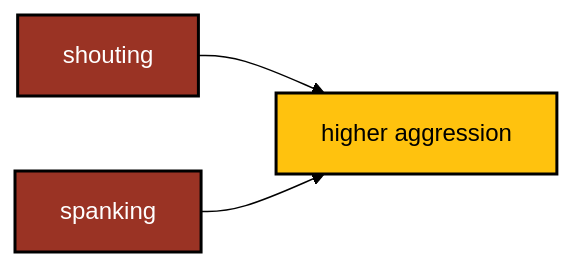
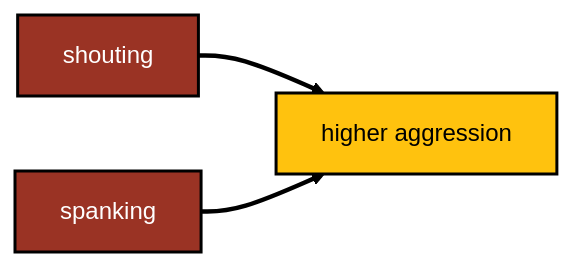
The third of 5 diagrams in parenting.qmd (agrogan1/closeread), drawn with Mermaid (forest theme) before and after one commit. The commit also changed other lines of this file and 1 other file, not shown here.

Commit message:
updated graphics: explaining -> lower aggression; thicker line width

````diff
--- a/parenting.qmd
+++ b/parenting.qmd
@@ -223,18 +231,20 @@
 ```{mermaid}
 flowchart LR
 
   classDef yellow fill:#FFC20E,stroke:#000000,stroke-width:2px,color:#000000;
   
   classDef blue fill:#374EA2,stroke:#000000,stroke-width:2px,color:#FFFFFF;
   
   classDef green fill:#00833D,stroke:#000000,stroke-width:2px,color:#FFFFFF;
   
   classDef orange fill:#D86018,stroke:#000000,stroke-width:2px,color:#FFFFFF;
   
   classDef red fill:#9A3324,stroke:#000000,stroke-width:2px,color:#FFFFFF;
 
   shouting:::red --> higheraggression[higher aggression]:::yellow
   
   spanking:::red --> higheraggression
   
+  linkStyle 0,1 stroke:#000000,stroke-width:3px,color:black;
+
 ```
````
